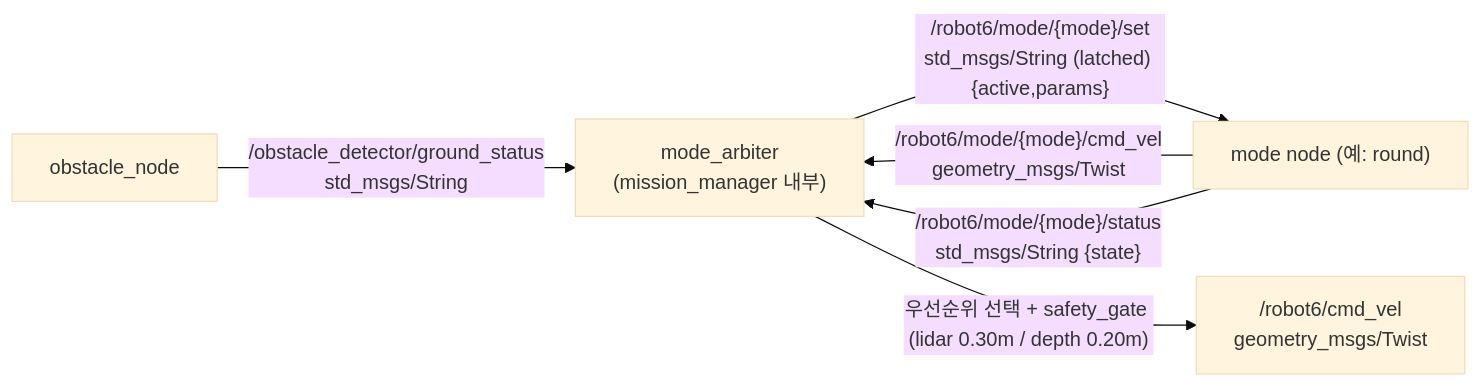
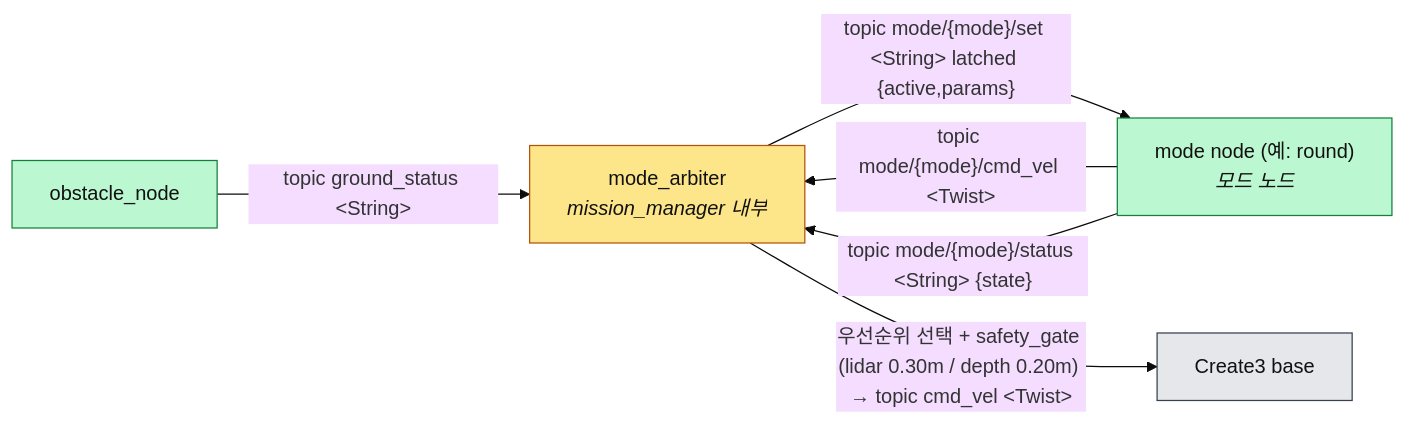
The fifth of 15 diagrams in docs/architecture/05_mermaid_architecture.md (yevettee/MediCart), drawn with Mermaid (base theme) before and after one commit. The commit also changed other lines of this file, not shown here.

Commit message:
docs(arch): 노드 역할(발행/구독/서비스/액션) + 통신 종류(topic/srv/action) 주석 + 범례·시퀀스·노드역할표 + cmd 큐우회 경로

````diff
--- a/docs/architecture/05_mermaid_architecture.md
+++ b/docs/architecture/05_mermaid_architecture.md
@@ -116,8 +172,15 @@
 ```mermaid
 graph LR
-  ARB["mode_arbiter<br/>(mission_manager 내부)"] -->|"/robot6/mode/{mode}/set<br/>std_msgs/String (latched) {active,params}"| M["mode node (예: round)"]
-  M -->|"/robot6/mode/{mode}/cmd_vel<br/>geometry_msgs/Twist"| ARB
-  M -->|"/robot6/mode/{mode}/status<br/>std_msgs/String {state}"| ARB
-  OB["obstacle_node"] -->|"/obstacle_detector/ground_status<br/>std_msgs/String"| ARB
-  ARB -->|"우선순위 선택 + safety_gate (lidar 0.30m / depth 0.20m)"| OUT["/robot6/cmd_vel<br/>geometry_msgs/Twist"]
+  ARB["mode_arbiter<br/><i>mission_manager 내부</i>"] -->|"topic mode/{mode}/set &lt;String&gt; latched {active,params}"| M["mode node (예: round)<br/><i>모드 노드</i>"]
+  M -->|"topic mode/{mode}/cmd_vel &lt;Twist&gt;"| ARB
+  M -->|"topic mode/{mode}/status &lt;String&gt; {state}"| ARB
+  OB["obstacle_node"] -->|"topic ground_status &lt;String&gt;"| ARB
+  ARB -->|"우선순위 선택 + safety_gate (lidar 0.30m / depth 0.20m) → topic cmd_vel &lt;Twist&gt;"| OUT["Create3 base"]
+
+  classDef orch fill:#fde68a,stroke:#b45309,color:#111
+  classDef app fill:#bbf7d0,stroke:#15803d,color:#111
+  classDef hw fill:#e5e7eb,stroke:#374151,color:#111
+  class ARB orch
+  class M,OB app
+  class OUT hw
 ```
````
